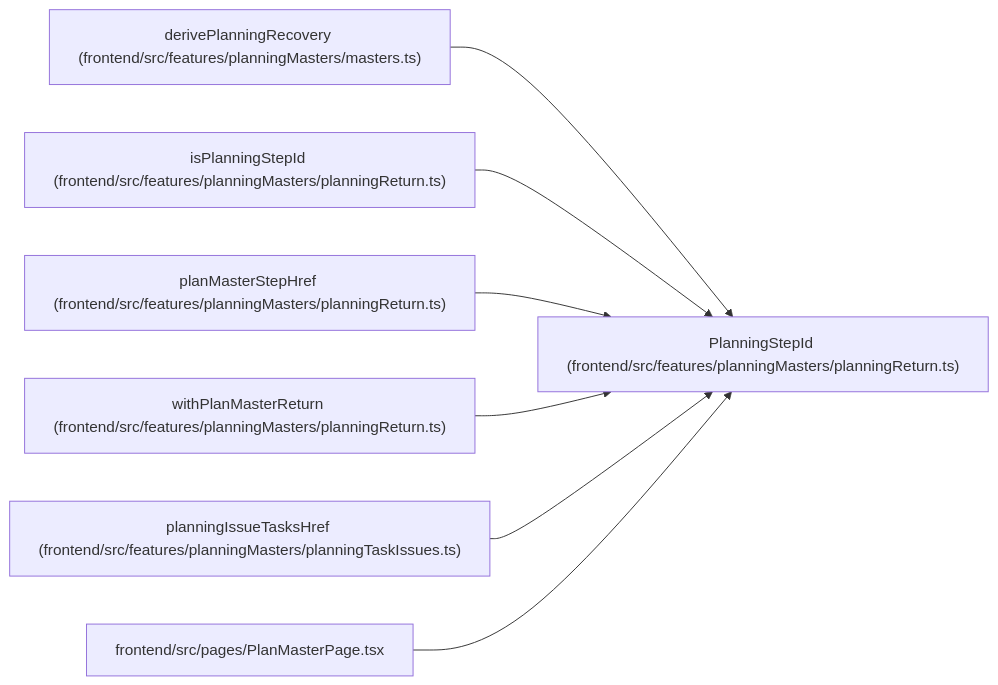
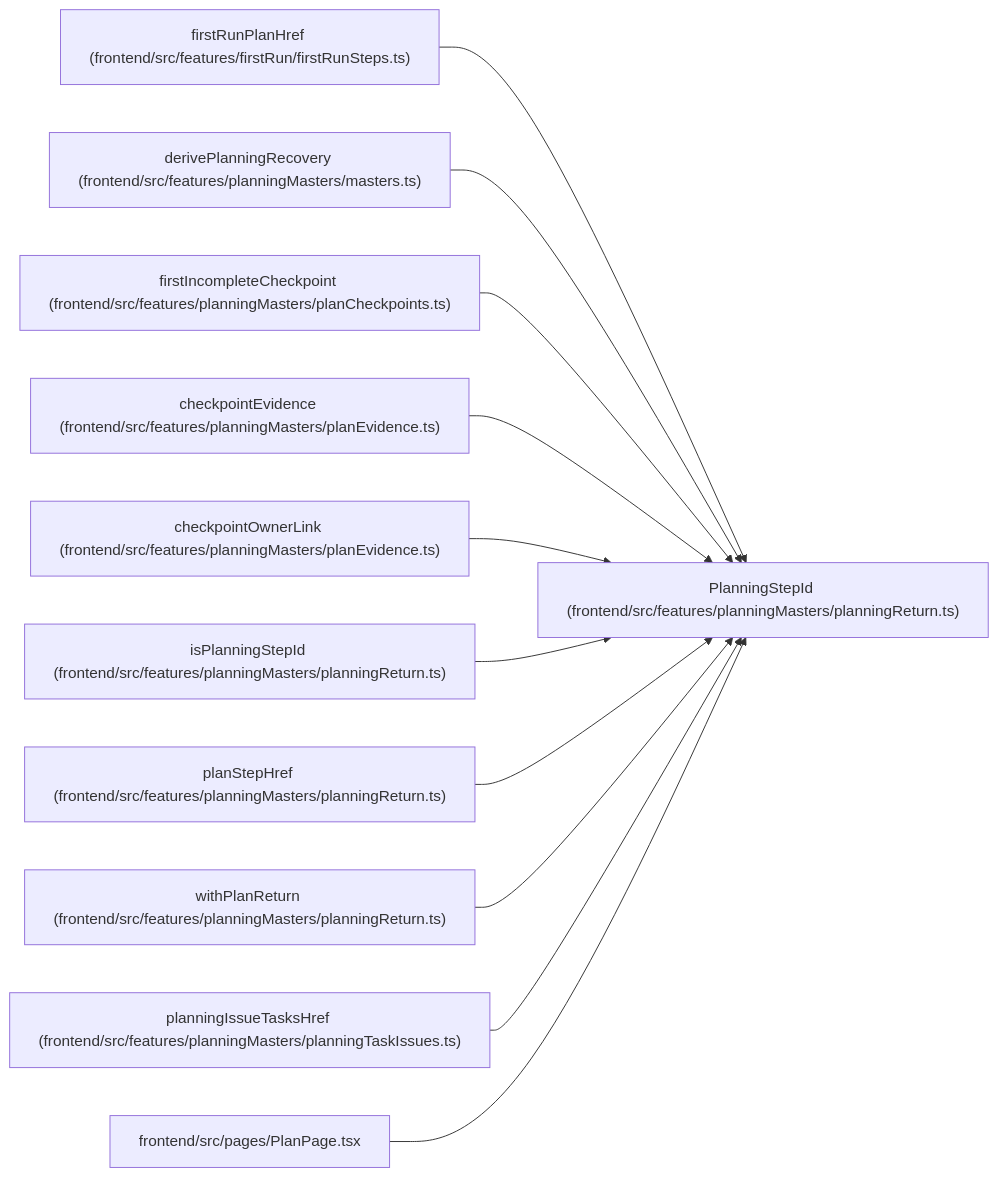
Before and after one commit to Denissvgn/WorkChord: the diagram in docs/llm_wiki/entities/PlanningStepId.md, drawn with Mermaid. The commit also changed other lines of this file and 2373 other files, not shown here.

````diff
--- a/docs/llm_wiki/entities/PlanningStepId.md
+++ b/docs/llm_wiki/entities/PlanningStepId.md
@@ -28,23 +28,35 @@
 ```mermaid
 flowchart LR
     n0["PlanningStepId (frontend/src/features/planningMasters/planningReturn.ts)"]
-    n1["derivePlanningRecovery (frontend/src/features/planningMasters/masters.ts)"]
-    n2["isPlanningStepId (frontend/src/features/planningMasters/planningReturn.ts)"]
-    n3["planMasterStepHref (frontend/src/features/planningMasters/planningReturn.ts)"]
-    n4["withPlanMasterReturn (frontend/src/features/planningMasters/planningReturn.ts)"]
-    n5["planningIssueTasksHref (frontend/src/features/planningMasters/planningTaskIssues.ts)"]
-    n6["frontend/src/pages/PlanMasterPage.tsx"]
+    n1["firstRunPlanHref (frontend/src/features/firstRun/firstRunSteps.ts)"]
+    n2["derivePlanningRecovery (frontend/src/features/planningMasters/masters.ts)"]
+    n3["firstIncompleteCheckpoint (frontend/src/features/planningMasters/planCheckpoints.ts)"]
+    n4["checkpointEvidence (frontend/src/features/planningMasters/planEvidence.ts)"]
+    n5["checkpointOwnerLink (frontend/src/features/planningMasters/planEvidence.ts)"]
+    n6["isPlanningStepId (frontend/src/features/planningMasters/planningReturn.ts)"]
+    n7["planStepHref (frontend/src/features/planningMasters/planningReturn.ts)"]
+    n8["withPlanReturn (frontend/src/features/planningMasters/planningReturn.ts)"]
+    n9["planningIssueTasksHref (frontend/src/features/planningMasters/planningTaskIssues.ts)"]
+    n10["frontend/src/pages/PlanPage.tsx"]
     n1 --> n0
     n2 --> n0
     n3 --> n0
     n4 --> n0
     n5 --> n0
     n6 --> n0
+    n7 --> n0
+    n8 --> n0
+    n9 --> n0
+    n10 --> n0
     click n0 "../modules/planningReturn.md"
-    click n1 "../modules/planningMasters_masters.md"
-    click n2 "../modules/planningReturn.md"
-    click n3 "../modules/planningReturn.md"
-    click n4 "../modules/planningReturn.md"
-    click n5 "../modules/planningTaskIssues.md"
-    click n6 "../modules/PlanMasterPage.md"
+    click n1 "../modules/firstRunSteps.md"
+    click n2 "../modules/planningMasters_masters.md"
+    click n3 "../modules/planCheckpoints.md"
+    click n4 "../modules/planEvidence.md"
+    click n5 "../modules/planEvidence.md"
+    click n6 "../modules/planningReturn.md"
+    click n7 "../modules/planningReturn.md"
+    click n8 "../modules/planningReturn.md"
+    click n9 "../modules/planningTaskIssues.md"
+    click n10 "../modules/PlanPage.md"
 ```
````
